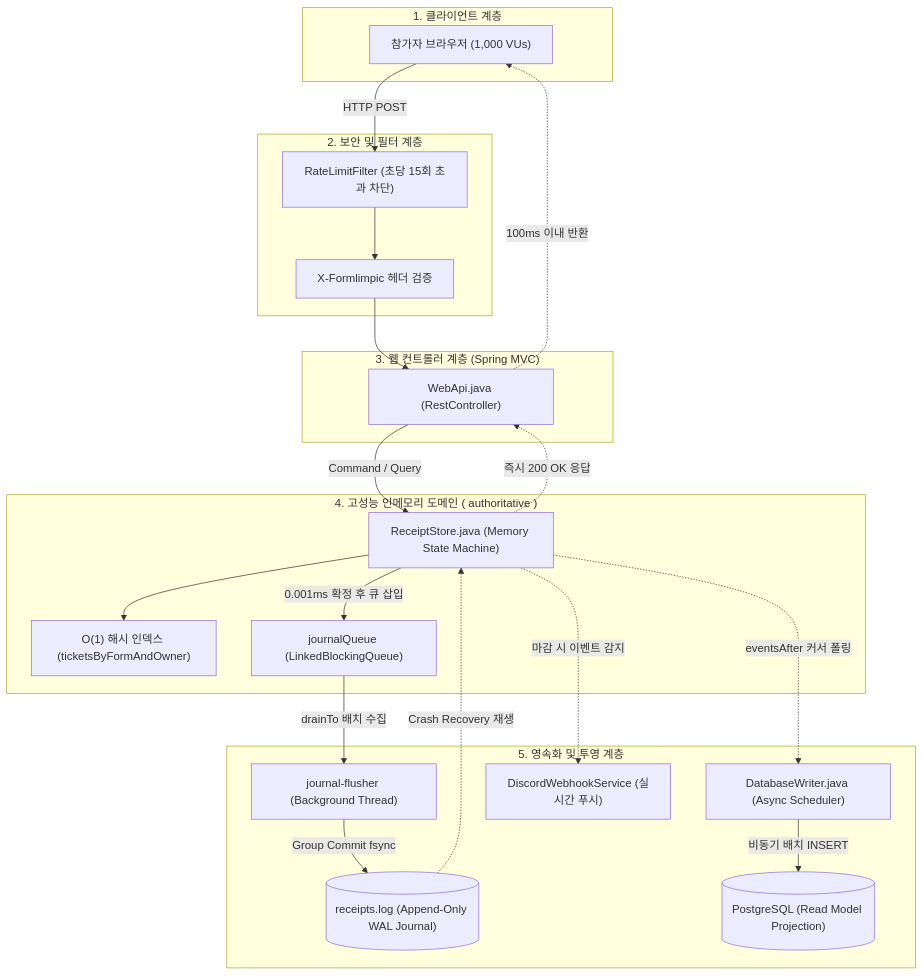
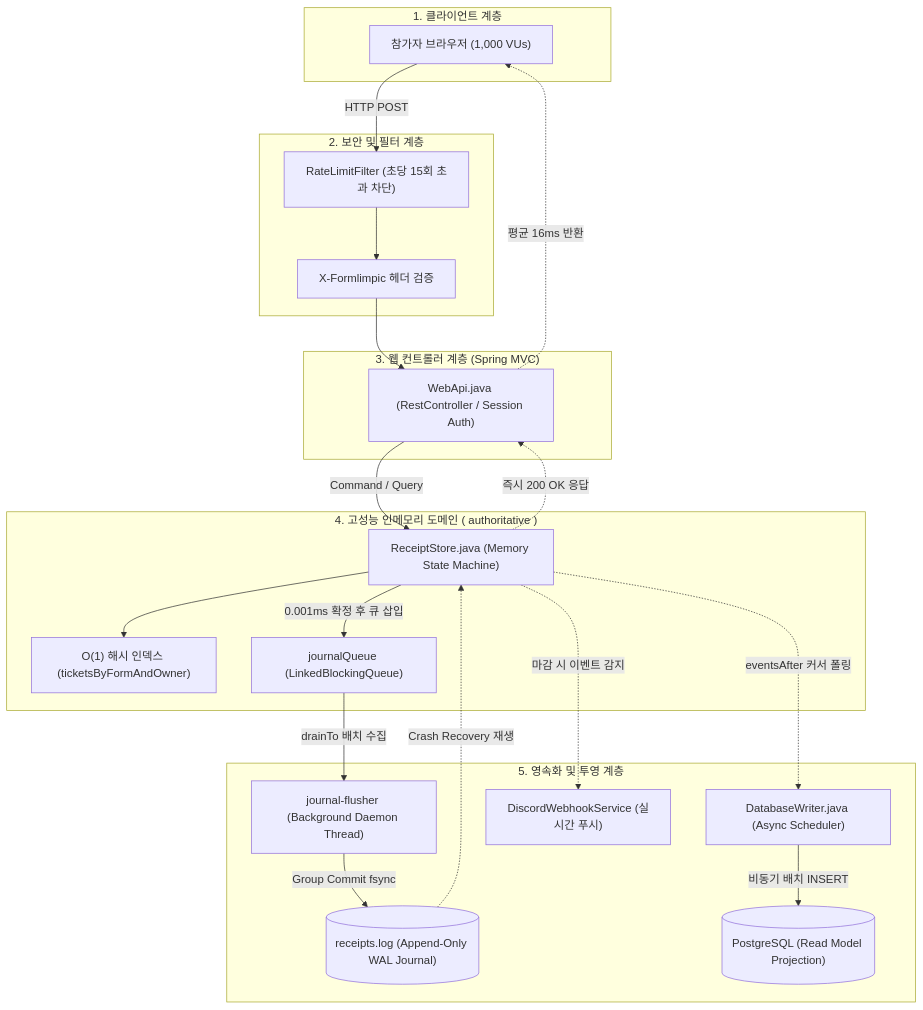
Before and after one commit to PSG-00/formlimpic: the diagram in README.md, drawn with Mermaid. The commit also changed other lines of this file, not shown here.

Commit message:
docs: 3-Layer 및 WebFlux와의 심층 아키텍처 비교 및 k6 최종 실측 벤치마크 지표(avg 16ms, p95 47ms) README 반영

````diff
--- a/README.md
+++ b/README.md
@@ -101,46 +153,46 @@
 ```mermaid
 flowchart TD
     subgraph ClientLayer ["1. 클라이언트 계층"]
         Client["참가자 브라우저 (1,000 VUs)"]
     end
 
     subgraph SecurityLayer ["2. 보안 및 필터 계층"]
         Filter["RateLimitFilter (초당 15회 초과 차단)"]
         CustomHeader["X-Formlimpic 헤더 검증"]
     end
 
     subgraph AppLayer ["3. 웹 컨트롤러 계층 (Spring MVC)"]
-        WebApi["WebApi.java (RestController)"]
+        WebApi["WebApi.java (RestController / Session Auth)"]
     end
 
     subgraph DomainLayer ["4. 고성능 인메모리 도메인 ( authoritative )"]
         Store["ReceiptStore.java (Memory State Machine)"]
         Index["O(1) 해시 인덱스 (ticketsByFormAndOwner)"]
         Queue["journalQueue (LinkedBlockingQueue)"]
     end
 
     subgraph StorageLayer ["5. 영속화 및 투영 계층"]
-        Flusher["journal-flusher (Background Thread)"]
+        Flusher["journal-flusher (Background Daemon Thread)"]
         WAL[("receipts.log (Append-Only WAL Journal)")]
         DBWriter["DatabaseWriter.java (Async Scheduler)"]
         Postgres[("PostgreSQL (Read Model Projection)")]
         Discord["DiscordWebhookService (실시간 푸시)"]
     end
 
     Client -->|HTTP POST| Filter
     Filter --> CustomHeader
     CustomHeader --> WebApi
     WebApi -->|Command / Query| Store
     Store --> Index
     Store -->|0.001ms 확정 후 큐 삽입| Queue
     Store -.->|즉시 200 OK 응답| WebApi
-    WebApi -.->|100ms 이내 반환| Client
+    WebApi -.->|평균 16ms 반환| Client
 
     Queue -->|drainTo 배치 수집| Flusher
     Flusher -->|Group Commit fsync| WAL
     WAL -.->|Crash Recovery 재생| Store
 
     Store -.->|eventsAfter 커서 폴링| DBWriter
     DBWriter -->|비동기 배치 INSERT| Postgres
     Store -.->|마감 시 이벤트 감지| Discord
 ```
````
